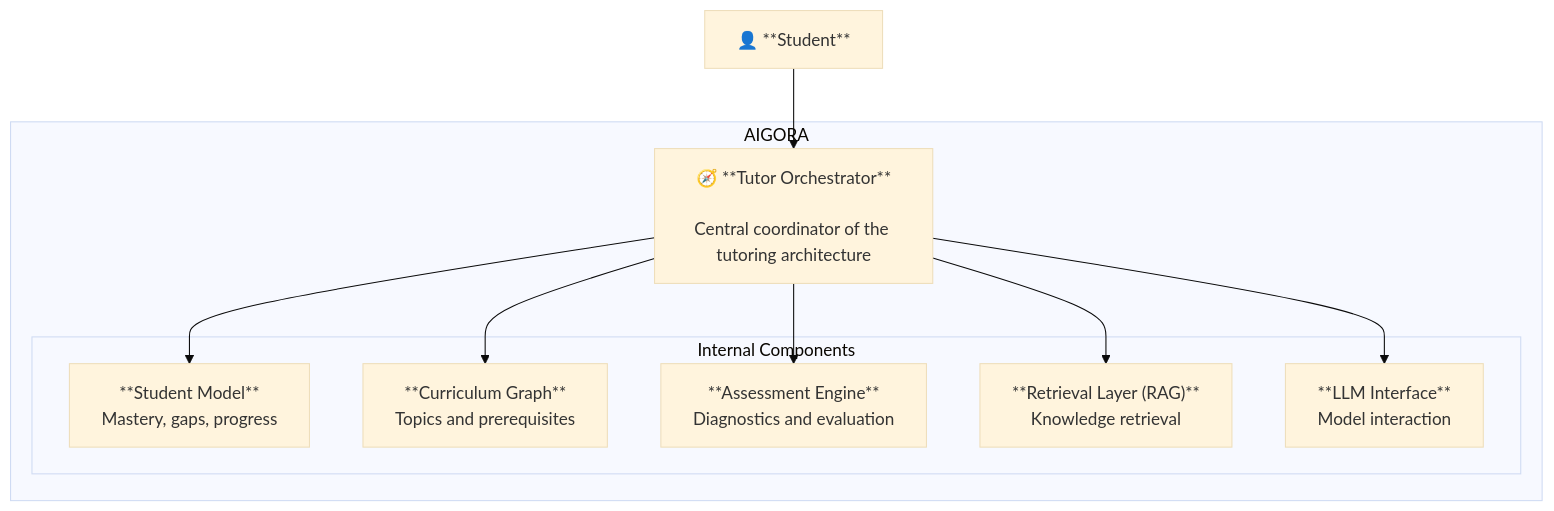
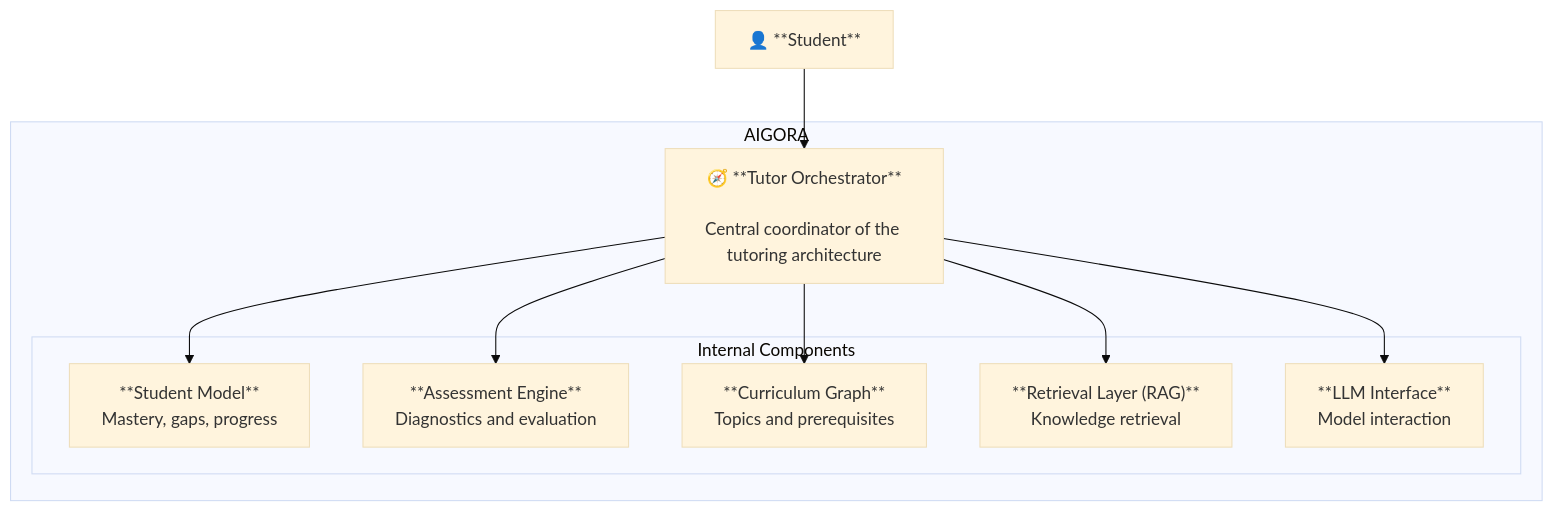
One commit to AigoraCorporation/aigora changed the first of 2 diagrams in docs/02-architecture/overview.md. Above: the diagram before and after it, drawn with Mermaid (base theme). The commit also changed other lines of this file and 3 other files, not shown here.

Commit message:
docs(architecture): Add curriculum-graph and merge Leandro's improvement suggestions

````diff
--- a/docs/02-architecture/overview.md
+++ b/docs/02-architecture/overview.md
@@ -39,23 +39,23 @@
 ```mermaid
 flowchart TB
     student["👤 **Student**"]
 
     subgraph system["AIGORA"]
         orchestrator["🧭 **Tutor Orchestrator**<br/><br/>Central coordinator of the tutoring architecture"]
 
         subgraph components["Internal Components"]
             studentModel["**Student Model**<br/>Mastery, gaps, progress"]
+            assessmentEngine["**Assessment Engine**<br/>Diagnostics and evaluation"]
             curriculumGraph["**Curriculum Graph**<br/>Topics and prerequisites"]
-            assessmentEngine["**Assessment Engine**<br/>Diagnostics and evaluation"]
             retrievalLayer["**Retrieval Layer (RAG)**<br/>Knowledge retrieval"]
             llmInterface["**LLM Interface**<br/>Model interaction"]
         end
     end
 
     student --> orchestrator
     orchestrator --> studentModel
     orchestrator --> curriculumGraph
     orchestrator --> assessmentEngine
     orchestrator --> retrievalLayer
     orchestrator --> llmInterface
 ```
````
